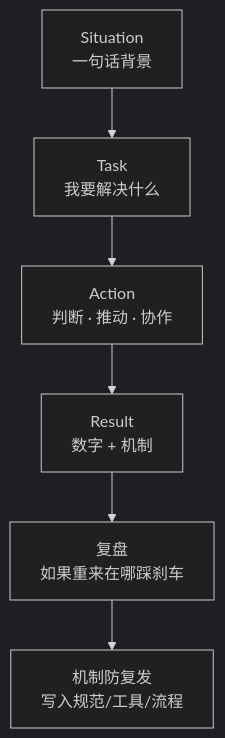
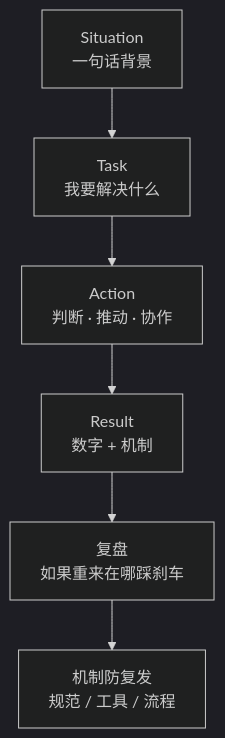
The second of 3 diagrams in 10-面试综合与系统设计/04-自我介绍与行为面/知识点.md (ml-cuizijun/LearnToLilith), drawn with Mermaid (dark theme) before and after one commit. The commit also changed other lines of this file and 178 other files, not shown here.

````diff
--- a/10-面试综合与系统设计/04-自我介绍与行为面/知识点.md
+++ b/10-面试综合与系统设计/04-自我介绍与行为面/知识点.md
@@ -269,8 +215,8 @@
 ```mermaid
 flowchart TB
-    S[Situation<br/>一句话背景] --> T[Task<br/>我要解决什么]
-    T --> A[Action<br/>判断 · 推动 · 协作]
-    A --> R[Result<br/>数字 + 机制]
-    R --> R2[复盘<br/>如果重来在哪踩刹车]
-    R2 --> M[机制防复发<br/>写入规范/工具/流程]
+    S["Situation<br/>一句话背景"] --> T["Task<br/>我要解决什么"]
+    T --> A["Action<br/>判断 · 推动 · 协作"]
+    A --> R["Result<br/>数字 + 机制"]
+    R --> R2["复盘<br/>如果重来在哪踩刹车"]
+    R2 --> M["机制防复发<br/>规范 / 工具 / 流程"]
 ```
````
